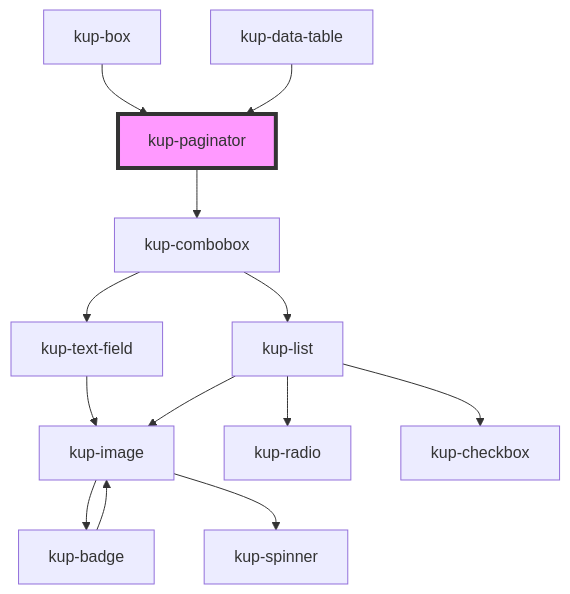
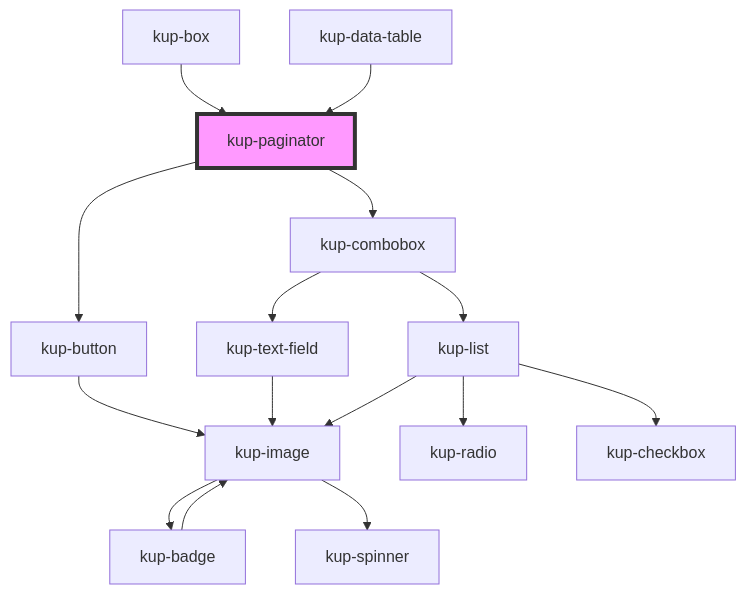
Before and after one commit to smeup/ketchup: the diagram in packages/ketchup/src/components/kup-paginator/readme.md, drawn with Mermaid. The commit also changed other lines of this file and 14 other files, not shown here.

````diff
--- a/packages/ketchup/src/components/kup-paginator/readme.md
+++ b/packages/ketchup/src/components/kup-paginator/readme.md
@@ -50,16 +51,18 @@
 ```mermaid
 graph TD;
+  kup-paginator --> kup-button
   kup-paginator --> kup-combobox
+  kup-button --> kup-image
+  kup-image --> kup-badge
+  kup-image --> kup-spinner
+  kup-badge --> kup-image
   kup-combobox --> kup-text-field
   kup-combobox --> kup-list
   kup-text-field --> kup-image
-  kup-image --> kup-badge
-  kup-image --> kup-spinner
-  kup-badge --> kup-image
   kup-list --> kup-image
   kup-list --> kup-radio
   kup-list --> kup-checkbox
   kup-box --> kup-paginator
   kup-data-table --> kup-paginator
   style kup-paginator fill:#f9f,stroke:#333,stroke-width:4px
 ```
````
